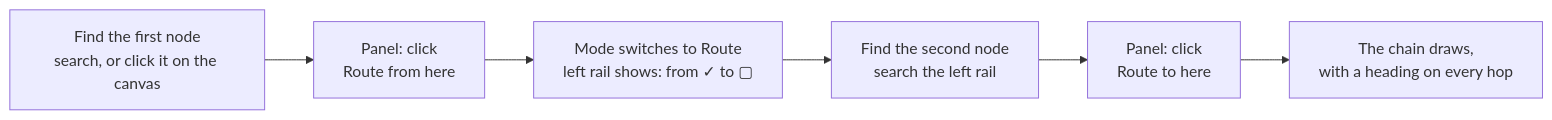
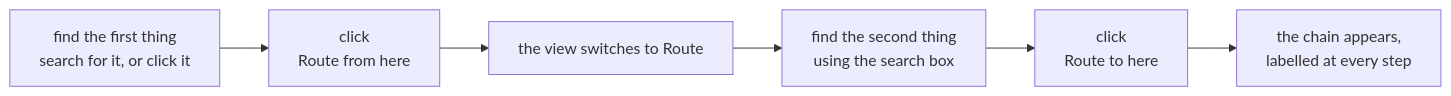
The tenth of 10 diagrams in docs/HOW-IT-WORKS.md (Prakhar-30/cropin-knowledge-graph), drawn with Mermaid before and after one commit. The commit also changed other lines of this file and 21 other files, not shown here.

````diff
--- a/docs/HOW-IT-WORKS.md
+++ b/docs/HOW-IT-WORKS.md
@@ -725,8 +783,8 @@
 ```mermaid
 flowchart LR
-  A["Find the first node<br/>search, or click it on the canvas"] --> B["Panel: click<br/>Route from here"]
-  B --> C["Mode switches to Route<br/>left rail shows: from ✓  to ▢"]
-  C --> D["Find the second node<br/>search the left rail"]
-  D --> E["Panel: click<br/>Route to here"]
-  E --> F["The chain draws,<br/>with a heading on every hop"]
+  A["find the first thing<br/>search for it, or click it"] --> B["click<br/>Route from here"]
+  B --> C["the view switches to Route"]
+  C --> D["find the second thing<br/>using the search box"]
+  D --> E["click<br/>Route to here"]
+  E --> F["the chain appears,<br/>labelled at every step"]
 ```
````
